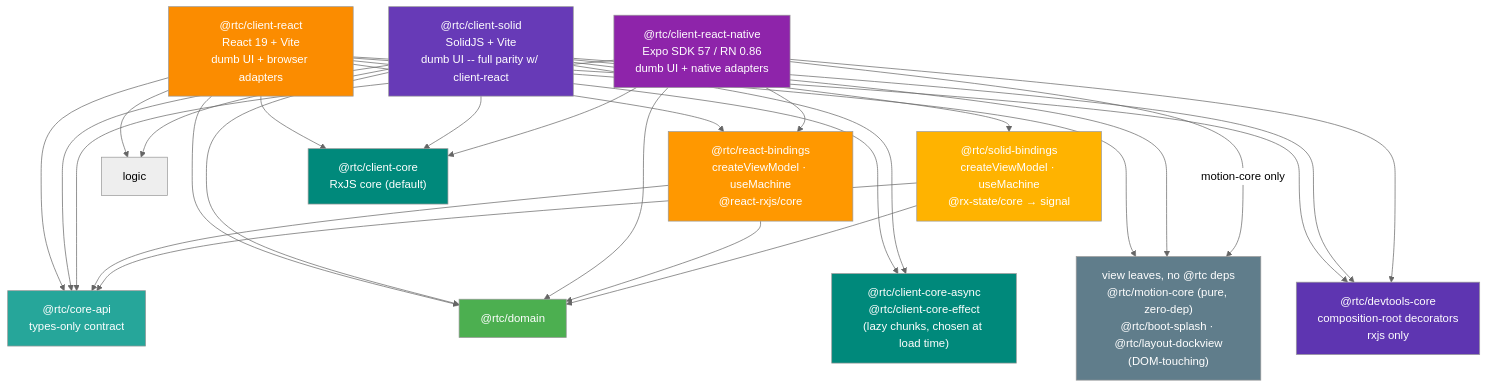
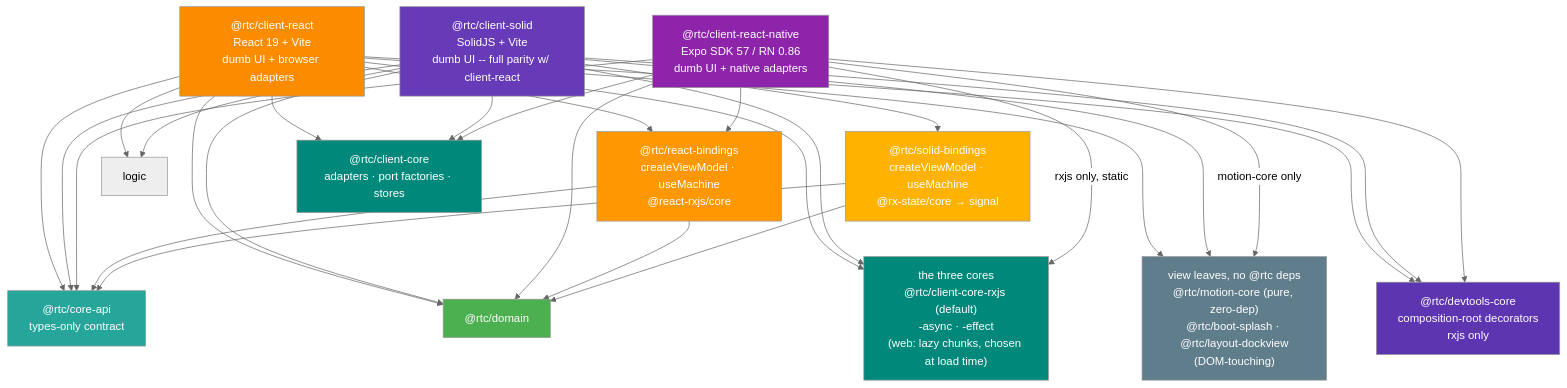
Before and after one commit to bettersoftware-io/ReactiveTraderCloudClone: the first of 4 diagrams in docs/architecture/06-package-dependencies.md, drawn with Mermaid (neutral theme). The commit also changed other lines of this file and 47 other files, not shown here.

First line of the commit message:
docs: three sibling cores and the adapters they share — the new package's card, graph, rules and READMEs

````diff
--- a/docs/architecture/06-package-dependencies.md
+++ b/docs/architecture/06-package-dependencies.md
@@ -9,63 +9,64 @@
 ```mermaid
 graph TB
     webc["@rtc/client-react<br/>React 19 + Vite<br/>dumb UI + browser adapters"]
     solidc["@rtc/client-solid<br/>SolidJS + Vite<br/>dumb UI -- full parity w/ client-react"]
     rnc["@rtc/client-react-native<br/>Expo SDK 57 / RN 0.86<br/>dumb UI + native adapters"]
 
     rb["@rtc/react-bindings<br/>createViewModel · useMachine<br/>@react-rxjs/core"]
     sb["@rtc/solid-bindings<br/>createViewModel · useMachine<br/>@rx-state/core → signal"]
 
-    core["@rtc/client-core<br/>RxJS core (default)"]
-    alts["@rtc/client-core-async<br/>@rtc/client-core-effect<br/>(lazy chunks, chosen at load time)"]
+    core["@rtc/client-core<br/>adapters · port factories · stores"]
+    alts["the three cores<br/>@rtc/client-core-rxjs (default)<br/>-async · -effect<br/>(web: lazy chunks, chosen at load time)"]
     api["@rtc/core-api<br/>types-only contract"]
 
     leaves["view leaves, no @rtc deps<br/>@rtc/motion-core (pure, zero-dep)<br/>@rtc/boot-splash · @rtc/layout-dockview<br/>(DOM-touching)"]
     dtcore["@rtc/devtools-core<br/>composition-root decorators<br/>rxjs only"]
     domain["@rtc/domain"]
 
     webc --> rb
     webc --> core
     webc --> alts
     webc --> api
     webc --> logic
     webc --> leaves
     webc --> dtcore
     webc --> domain
     solidc --> sb
     solidc --> core
     solidc --> alts
     solidc --> api
     solidc --> logic
     solidc --> leaves
     solidc --> dtcore
     solidc --> domain
     rnc --> rb
     rnc --> core
+    rnc -->|"rxjs only, static"| alts
     rnc --> api
     rnc -->|"motion-core only"| leaves
     rnc --> dtcore
     rnc --> domain
     rb --> api
     rb --> domain
     sb --> api
     sb --> domain
 
     %% Invisible rank constraints -- keep each rank to four boxes (tall, not wide)
     rb ~~~ alts
     sb ~~~ leaves
     sb ~~~ dtcore
     core ~~~ api
     core ~~~ domain
 
     style webc fill:#FB8C00,color:#fff
     style solidc fill:#673AB7,color:#fff
     style rnc fill:#8E24AA,color:#fff
     style rb fill:#FF9800,color:#fff
     style sb fill:#FFB300,color:#fff
     style core fill:#00897B,color:#fff
     style alts fill:#00897B,color:#fff
     style api fill:#26A69A,color:#fff
     style leaves fill:#607D8B,color:#fff
     style dtcore fill:#5E35B1,color:#fff
     style domain fill:#4CAF50,color:#fff
 ```
````
